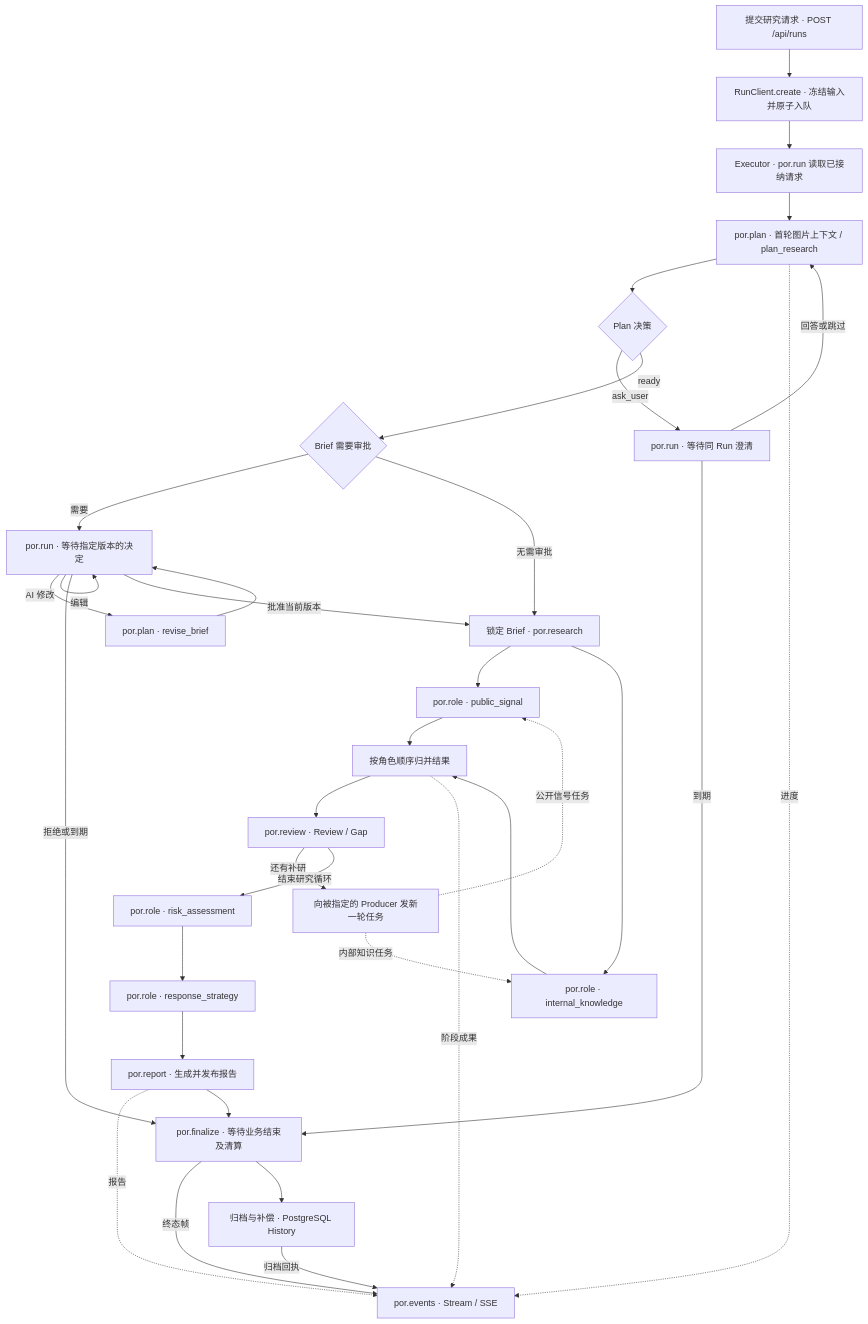
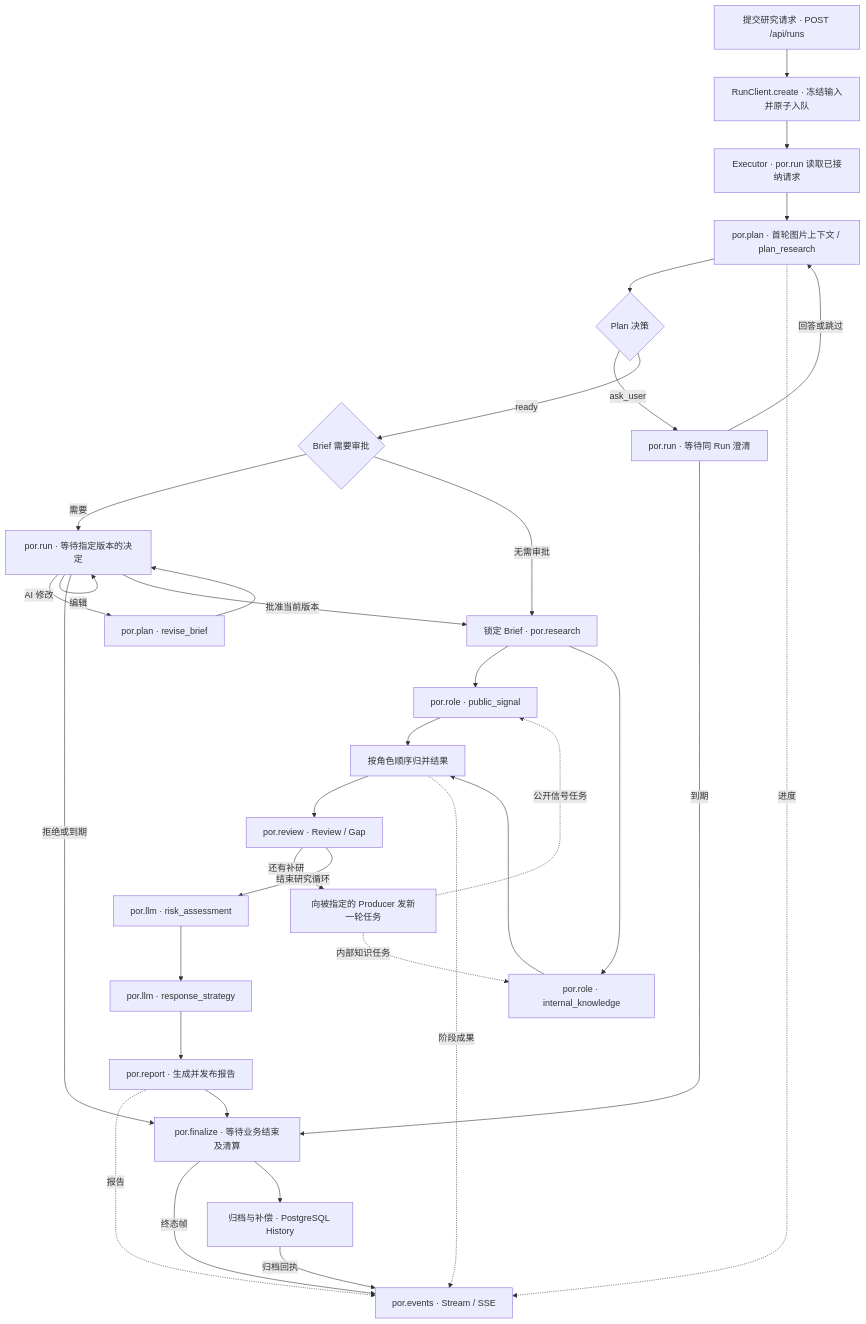
The second of 2 diagrams in docs/architecture/agent-loop.md (kkaaakk/public_opinion_research), drawn with Mermaid before and after one commit. The commit also changed other lines of this file and 44 other files, not shown here.

````diff
--- a/docs/architecture/agent-loop.md
+++ b/docs/architecture/agent-loop.md
@@ -62,36 +63,36 @@
 ```mermaid
 flowchart TD
     A["提交研究请求 · POST /api/runs"] --> B["RunClient.create · 冻结输入并原子入队"]
     B --> C["Executor · por.run 读取已接纳请求"]
     C --> D["por.plan · 首轮图片上下文 / plan_research"]
     D --> E{"Plan 决策"}
     E -->|ask_user| F["por.run · 等待同 Run 澄清"]
     F -->|回答或跳过| D
     E -->|ready| G{"Brief 需要审批"}
     G -->|需要| H["por.run · 等待指定版本的决定"]
     H -->|编辑| H
     H -->|AI 修改| I["por.plan · revise_brief"]
     I --> H
     F -->|到期| T["por.finalize · 等待业务结束及清算"]
     H -->|拒绝或到期| T
     G -->|无需审批| R["锁定 Brief · por.research"]
     H -->|批准当前版本| R
     R --> P1["por.role · public_signal"]
     R --> P2["por.role · internal_knowledge"]
     P1 --> J["按角色顺序归并结果"]
     P2 --> J
     J --> V["por.review · Review / Gap"]
     V -->|还有补研| W["向被指定的 Producer 发新一轮任务"]
     W -. "公开信号任务" .-> P1
     W -. "内部知识任务" .-> P2
-    V -->|结束研究循环| K["por.role · risk_assessment"]
-    K --> S["por.role · response_strategy"]
+    V -->|结束研究循环| K["por.llm · risk_assessment"]
+    K --> S["por.llm · response_strategy"]
     S --> Q["por.report · 生成并发布报告"]
     D -. "进度" .-> L["por.events · Stream / SSE"]
     J -. "阶段成果" .-> L
     Q -. "报告" .-> L
     Q --> T
     T -->|终态帧| L
     T --> O["归档与补偿 · PostgreSQL History"]
     O -->|归档回执| L
 ```
````
